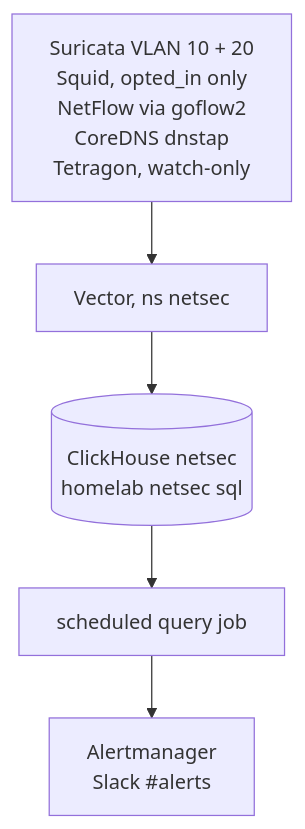
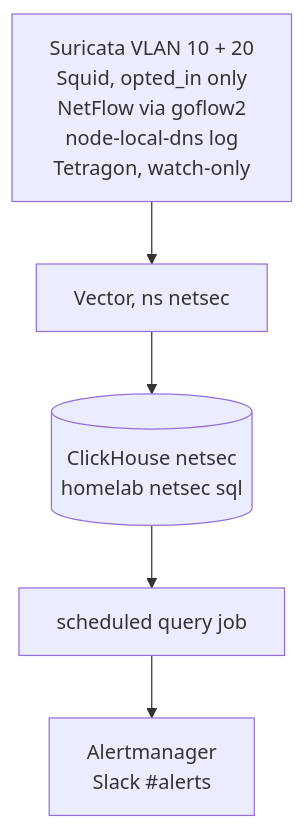
Before and after one commit to ViktorBarzin/infra: the first of 2 diagrams in docs/plans/2026-11-10-network-ids.md, drawn with Mermaid. The commit also changed other lines of this file and 20 other files, not shown here.

````diff
--- a/docs/plans/2026-11-10-network-ids.md
+++ b/docs/plans/2026-11-10-network-ids.md
@@ -33,7 +33,7 @@
 ```mermaid
 flowchart TD
-  SRC["Suricata VLAN 10 + 20<br/>Squid, opted_in only<br/>NetFlow via goflow2<br/>CoreDNS dnstap<br/>Tetragon, watch-only"] --> VEC["Vector, ns netsec"]
+  SRC["Suricata VLAN 10 + 20<br/>Squid, opted_in only<br/>NetFlow via goflow2<br/>node-local-dns log<br/>Tetragon, watch-only"] --> VEC["Vector, ns netsec"]
   VEC --> CH[("ClickHouse netsec<br/>homelab netsec sql")]
   CH --> JOB["scheduled query job"]
   JOB --> SL["Alertmanager<br/>Slack #alerts"]
 ```
````
